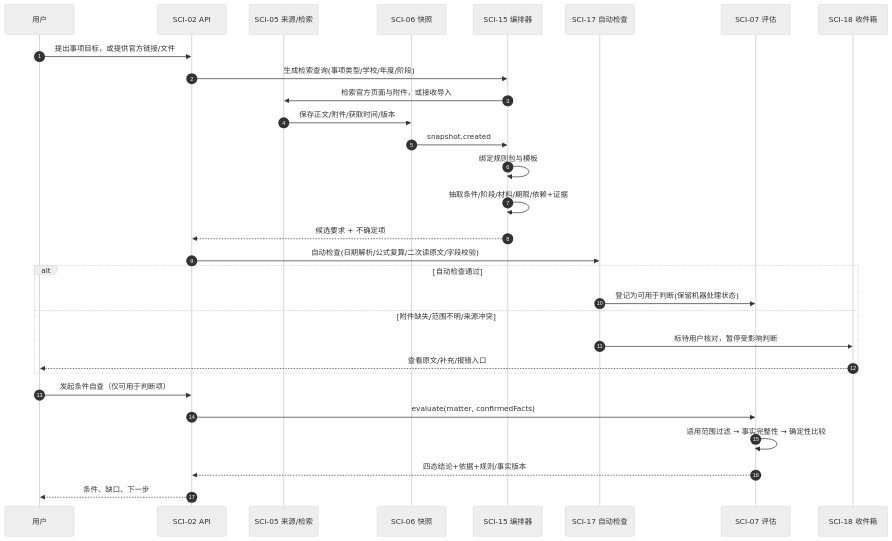
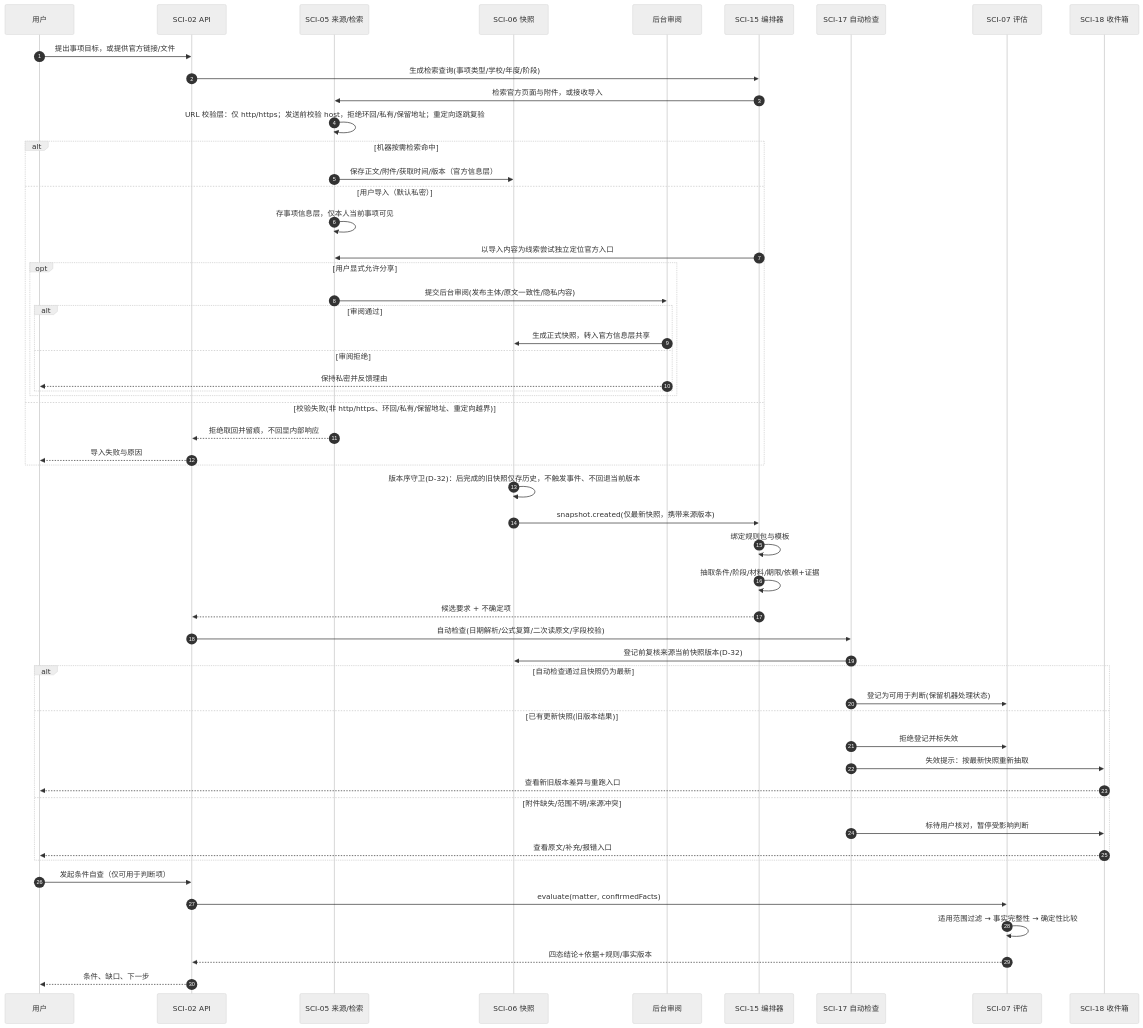
Diagram 11 of 23 in docs/design/system-design/offerpilot-system-design.md (LotteryCamp/OfferPilot), drawn with Mermaid (neutral theme) before and after one commit. The commit also changed other lines of this file and 1 other file, not shown here.

````diff
--- a/docs/design/system-design/offerpilot-system-design.md
+++ b/docs/design/system-design/offerpilot-system-design.md
@@ -1204,32 +1208,56 @@
 ```mermaid
 sequenceDiagram
     autonumber
     participant STU as 用户
     participant API as SCI-02 API
     participant SRC as SCI-05 来源/检索
     participant SN as SCI-06 快照
+    participant RV as 后台审阅
     participant AG as SCI-15 编排器
     participant VA as SCI-17 自动检查
     participant EV as SCI-07 评估
     participant IN as SCI-18 收件箱
     STU->>API: 提出事项目标，或提供官方链接/文件
     API->>AG: 生成检索查询(事项类型/学校/年度/阶段)
     AG->>SRC: 检索官方页面与附件，或接收导入
-    SRC->>SN: 保存正文/附件/获取时间/版本
-    SN->>AG: snapshot.created
+    SRC->>SRC: URL 校验层：仅 http/https；发送前校验 host，拒绝环回/私有/保留地址；重定向逐跳复验
+    alt 机器按需检索命中
+        SRC->>SN: 保存正文/附件/获取时间/版本（官方信息层）
+    else 用户导入（默认私密）
+        SRC->>SRC: 存事项信息层，仅本人当前事项可见
+        AG->>SRC: 以导入内容为线索尝试独立定位官方入口
+        opt 用户显式允许分享
+            SRC->>RV: 提交后台审阅(发布主体/原文一致性/隐私内容)
+            alt 审阅通过
+                RV->>SN: 生成正式快照，转入官方信息层共享
+            else 审阅拒绝
+                RV-->>STU: 保持私密并反馈理由
+            end
+        end
+    else 校验失败(非 http/https、环回/私有/保留地址、重定向越界)
+        SRC-->>API: 拒绝取回并留痕，不回显内部响应
+        API-->>STU: 导入失败与原因
+    end
+    SN->>SN: 版本序守卫(D-32)：后完成的旧快照仅存历史，不触发事件、不回退当前版本
+    SN->>AG: snapshot.created(仅最新快照，携带来源版本)
     AG->>AG: 绑定规则包与模板
     AG->>AG: 抽取条件/阶段/材料/期限/依赖+证据
     AG-->>API: 候选要求 + 不确定项
     API->>VA: 自动检查(日期解析/公式复算/二次读原文/字段校验)
-    alt 自动检查通过
+    VA->>SN: 登记前复核来源当前快照版本(D-32)
+    alt 自动检查通过且快照仍为最新
         VA->>EV: 登记为可用于判断(保留机器处理状态)
+    else 已有更新快照(旧版本结果)
+        VA->>EV: 拒绝登记并标失效
+        VA->>IN: 失效提示：按最新快照重新抽取
+        IN-->>STU: 查看新旧版本差异与重跑入口
     else 附件缺失/范围不明/来源冲突
         VA->>IN: 标待用户核对，暂停受影响判断
         IN-->>STU: 查看原文/补充/报错入口
     end
     STU->>API: 发起条件自查（仅可用于判断项）
     API->>EV: evaluate(matter, confirmedFacts)
     EV->>EV: 适用范围过滤 → 事实完整性 → 确定性比较
     EV-->>API: 四态结论+依据+规则/事实版本
     API-->>STU: 条件、缺口、下一步
 ```
````
